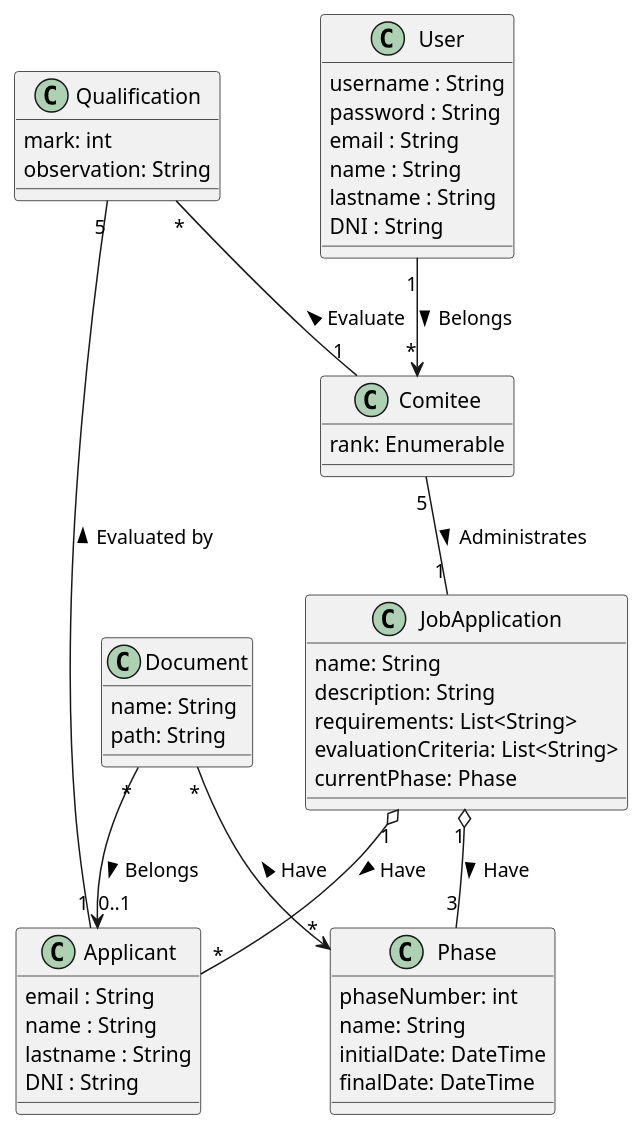
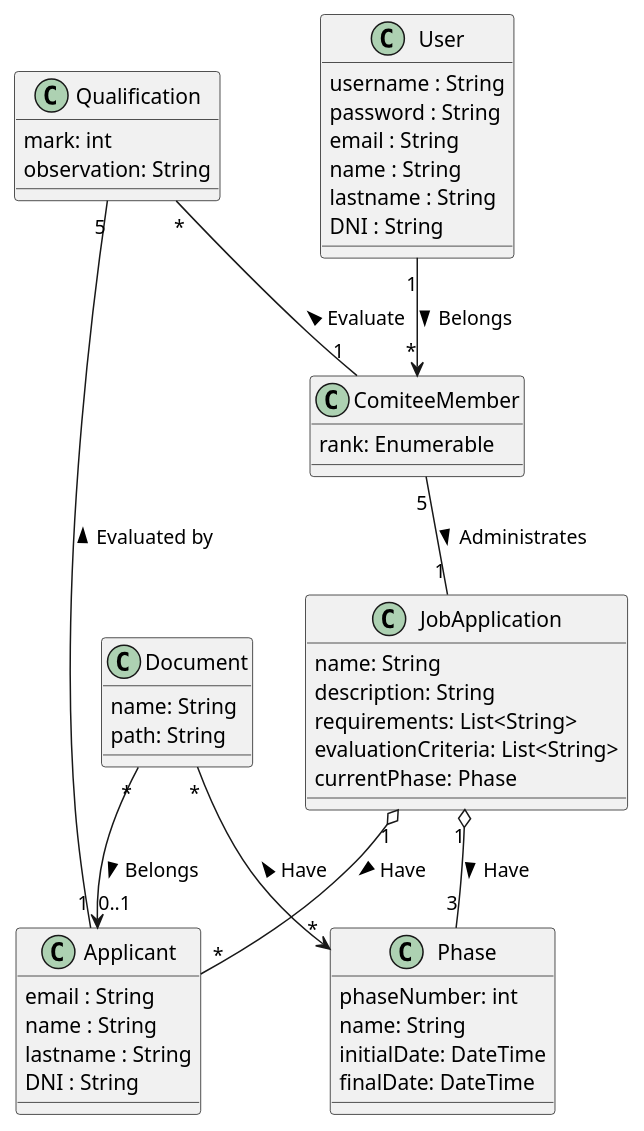
Before and after one commit to UdL-EPS-SoftArch/AcademicRecruitAPI-GEI: the diagram in uml.puml, drawn with PlantUML.

```diff
--- a/uml.puml
+++ b/uml.puml
@@ -1,57 +1,57 @@
 @startuml
 class User{
         username : String
         password : String
         email : String
         name : String
         lastname : String
         DNI : String
 }
-class Comitee{
+class ComiteeMember{
   rank: Enumerable
 }
 
 
 
 class JobApplication {
-name: String
-description: String
-requirements: List<String>
-evaluationCriteria: List<String>
-currentPhase: Phase
+        name: String
+        description: String
+        requirements: List<String>
+        evaluationCriteria: List<String>
+        currentPhase: Phase
 }
 
 class Phase {
-phaseNumber: int
-name: String
-initialDate: DateTime
-finalDate: DateTime
+        phaseNumber: int
+        name: String
+        initialDate: DateTime
+        finalDate: DateTime
 }
 class Applicant {
         email : String
         name : String
         lastname : String
         DNI : String
 }
 class Qualification {
-mark: int
-observation: String
+        mark: int
+        observation: String
 }
 class Document {
-name: String
-path: String
+        name: String
+        path: String
 }
 
-User "1" --> "*" Comitee:Belongs >
+User "1" --> "*" ComiteeMember:Belongs >
 
-Qualification "*" -- "1" Comitee:Evaluate <
+Qualification "*" -- "1" ComiteeMember:Evaluate <
 
-Comitee "5" -- "1" JobApplication:Administrates >
+ComiteeMember "5" -- "1" JobApplication:Administrates >
 
 Document "*" --> "*" Phase:Have <
 JobApplication "1" o-- "3" Phase:Have > 
 
 JobApplication "1" o-- "*" Applicant:Have >
 Qualification "5" -- "1" Applicant:Evaluated by < 
 Document "*" --> "0..1" Applicant:Belongs >
 @enduml
```
